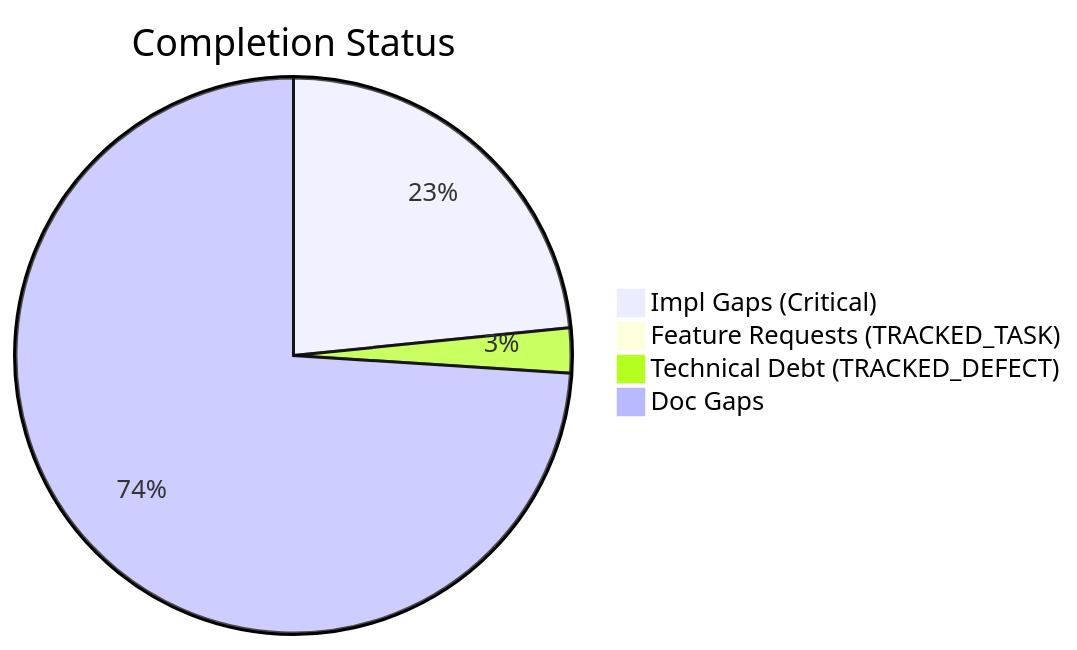
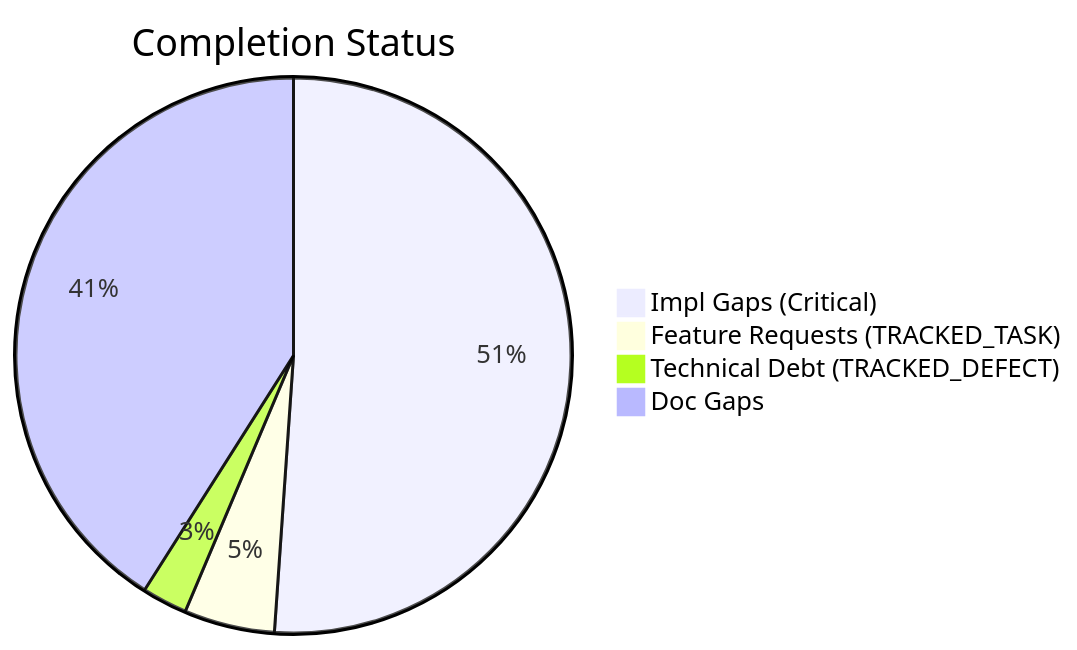
The first of 2 diagrams in docs/assessments/completist/COMPLETIST_LATEST.md (D-sorganization/Golf_Modeling_Suite), drawn with Mermaid before and after one commit. The commit also changed other lines of this file and 1399 other files, not shown here.

````diff
--- a/docs/assessments/completist/COMPLETIST_LATEST.md
+++ b/docs/assessments/completist/COMPLETIST_LATEST.md
@@ -11,7 +14,8 @@
 ```mermaid
 pie title Completion Status
-    "Impl Gaps (Critical)" : 242
-    "Feature Requests (TRACKED_TASK)" : 2
-    "Technical Debt (TRACKED_DEFECT)" : 27
-    "Doc Gaps" : 765
+
+    "Impl Gaps (Critical)" : 349
+    "Feature Requests (TRACKED_TASK)" : 36
+    "Technical Debt (TRACKED_DEFECT)" : 18
+    "Doc Gaps" : 280
 ```
````
